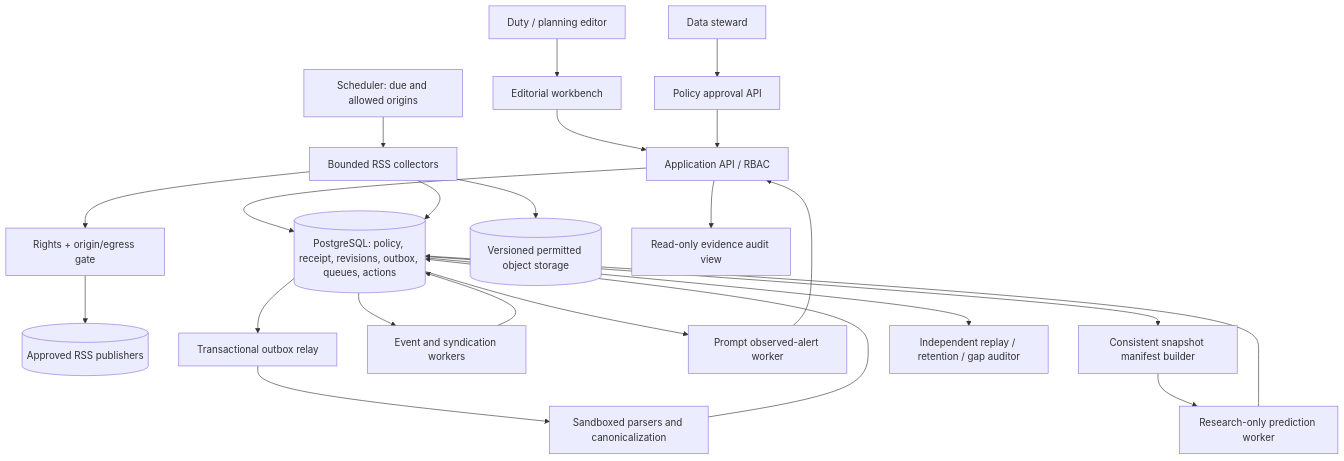
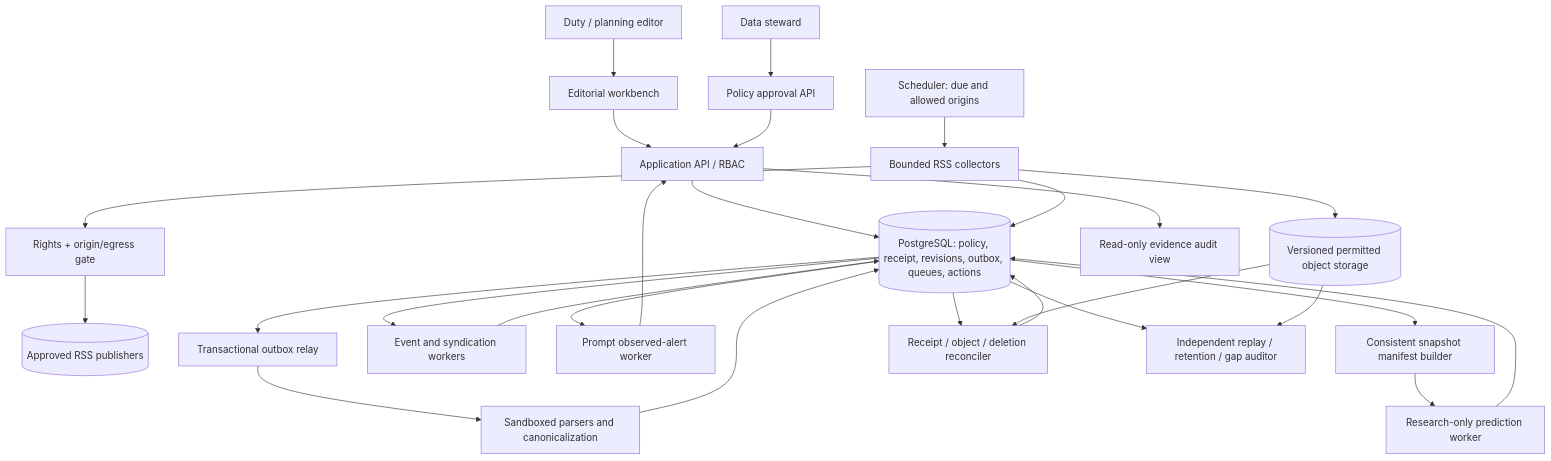
One commit to Ahmaddaghra/pulse_engineering_source changed the first of 2 diagrams in docs/v0.2/ARCHITECTURE.md. Above: the diagram before and after it, drawn with Mermaid. The commit also changed other lines of this file and 9 other files, not shown here.

````diff
--- a/docs/v0.2/ARCHITECTURE.md
+++ b/docs/v0.2/ARCHITECTURE.md
@@ -7,26 +7,30 @@
 ```mermaid
 flowchart TB
  Editor[Duty / planning editor] --> UI[Editorial workbench]
  Steward[Data steward] --> Admin[Policy approval API]
  UI --> API[Application API / RBAC]
  Admin --> API
  API --> DB[(PostgreSQL: policy, receipt, revisions, outbox, queues, actions)]
  Scheduler[Scheduler: due and allowed origins] --> Collector[Bounded RSS collectors]
  Collector --> Policy[Rights + origin/egress gate]
  Policy --> Remote[(Approved RSS publishers)]
  Collector --> Object[(Versioned permitted object storage)]
  Collector --> DB
  DB --> Relay[Transactional outbox relay]
  Relay --> Parser[Sandboxed parsers and canonicalization]
  Parser --> DB
  DB --> Cluster[Event and syndication workers]
  Cluster --> DB
  DB --> Observed[Prompt observed-alert worker]
  Observed --> API
  DB --> Snapshot[Consistent snapshot manifest builder]
  Snapshot --> Forecast[Research-only prediction worker]
  Forecast --> DB
+ DB --> Reconciler[Receipt / object / deletion reconciler]
+ Object --> Reconciler
+ Reconciler --> DB
  DB --> Auditor[Independent replay / retention / gap auditor]
+ Object --> Auditor
  API --> Audit[Read-only evidence audit view]
  classDef blocked fill:#eee,stroke:#555
 ```
````
